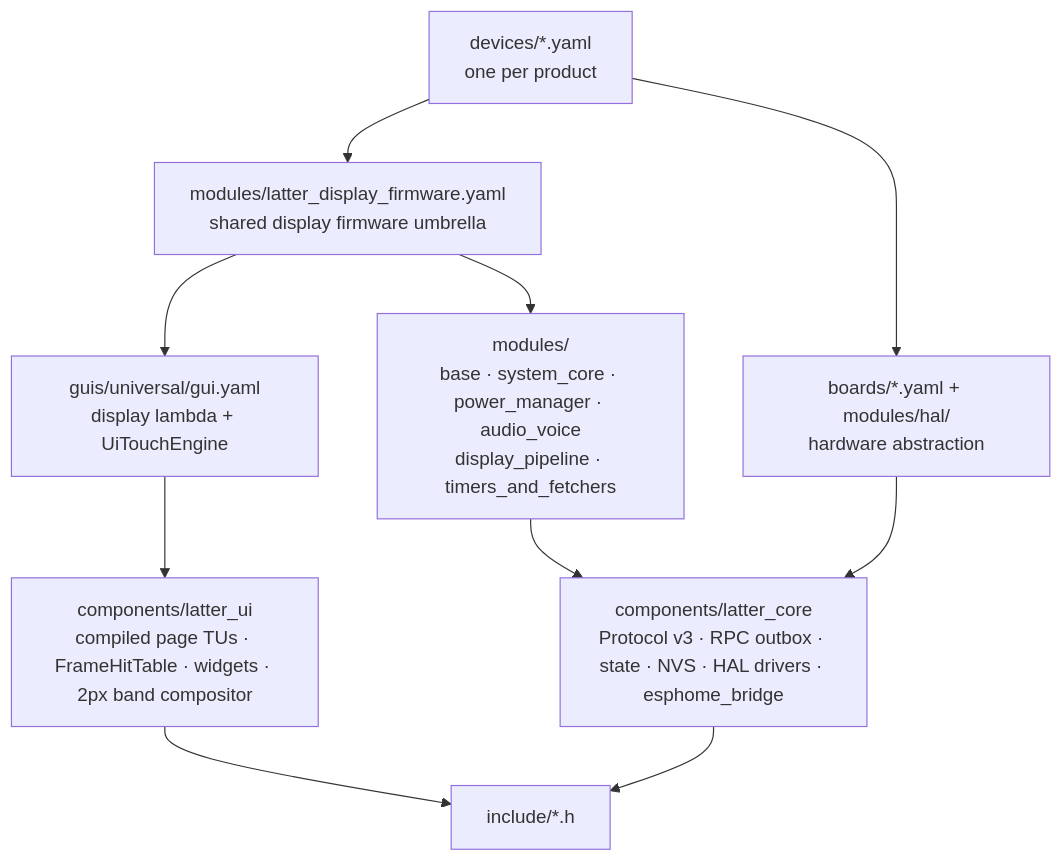
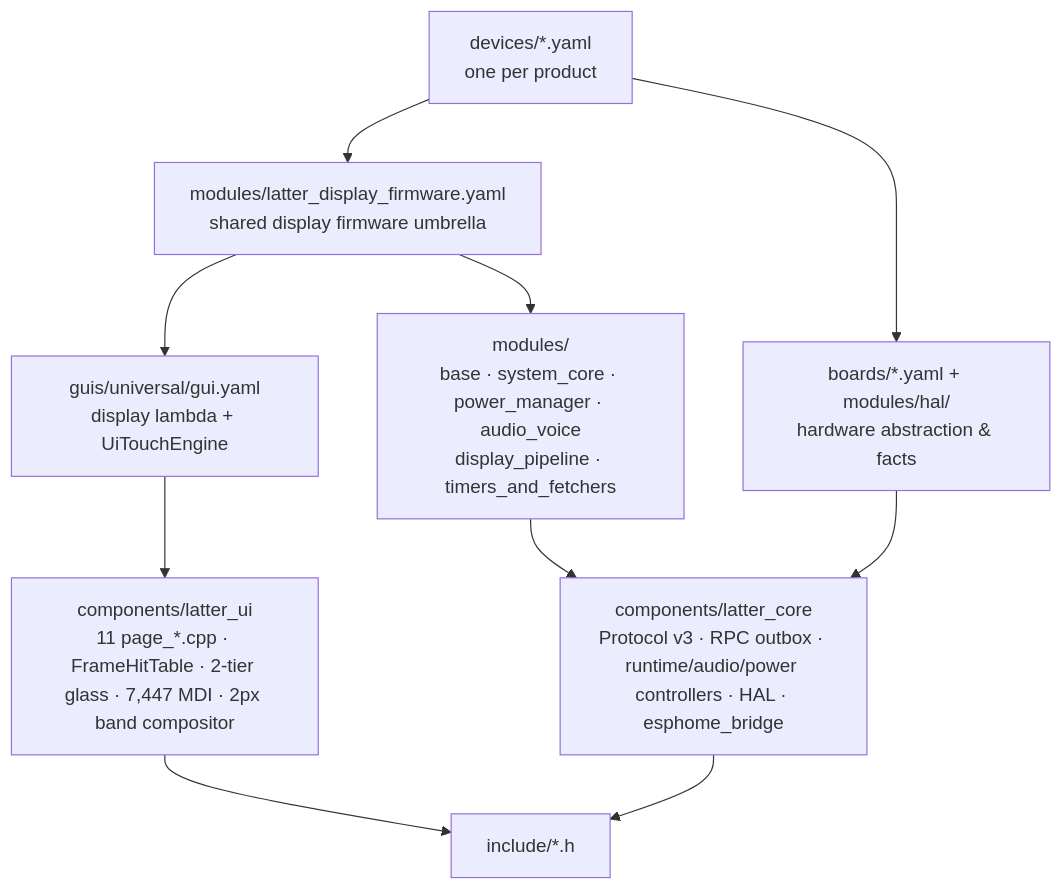
One commit to slampton/esphome-latter-core changed the diagram in docs/architecture.md. Above: the diagram before and after it, drawn with Mermaid. The commit also changed other lines of this file and 14 other files, not shown here.

````diff
--- a/docs/architecture.md
+++ b/docs/architecture.md
@@ -5,12 +5,12 @@
 ```mermaid
 flowchart TD
-    D["devices/*.yaml<br/>one per product"] --> B["boards/*.yaml + modules/hal/<br/>hardware abstraction"]
+    D["devices/*.yaml<br/>one per product"] --> B["boards/*.yaml + modules/hal/<br/>hardware abstraction & facts"]
     D --> U["modules/latter_display_firmware.yaml<br/>shared display firmware umbrella"]
     U --> M["modules/<br/>base · system_core · power_manager · audio_voice<br/>display_pipeline · timers_and_fetchers"]
     U --> G["guis/universal/gui.yaml<br/>display lambda + UiTouchEngine"]
-    G --> CUI["components/latter_ui<br/>compiled page TUs · FrameHitTable · widgets · 2px band compositor"]
-    M --> CC["components/latter_core<br/>Protocol v3 · RPC outbox · state · NVS · HAL drivers · esphome_bridge"]
+    G --> CUI["components/latter_ui<br/>11 page_*.cpp · FrameHitTable · 2-tier glass · 7,447 MDI · 2px band compositor"]
+    M --> CC["components/latter_core<br/>Protocol v3 · RPC outbox · runtime/audio/power controllers · HAL · esphome_bridge"]
     B --> CC
     CUI --> H["include/*.h"]
     CC --> H
 ```
````
